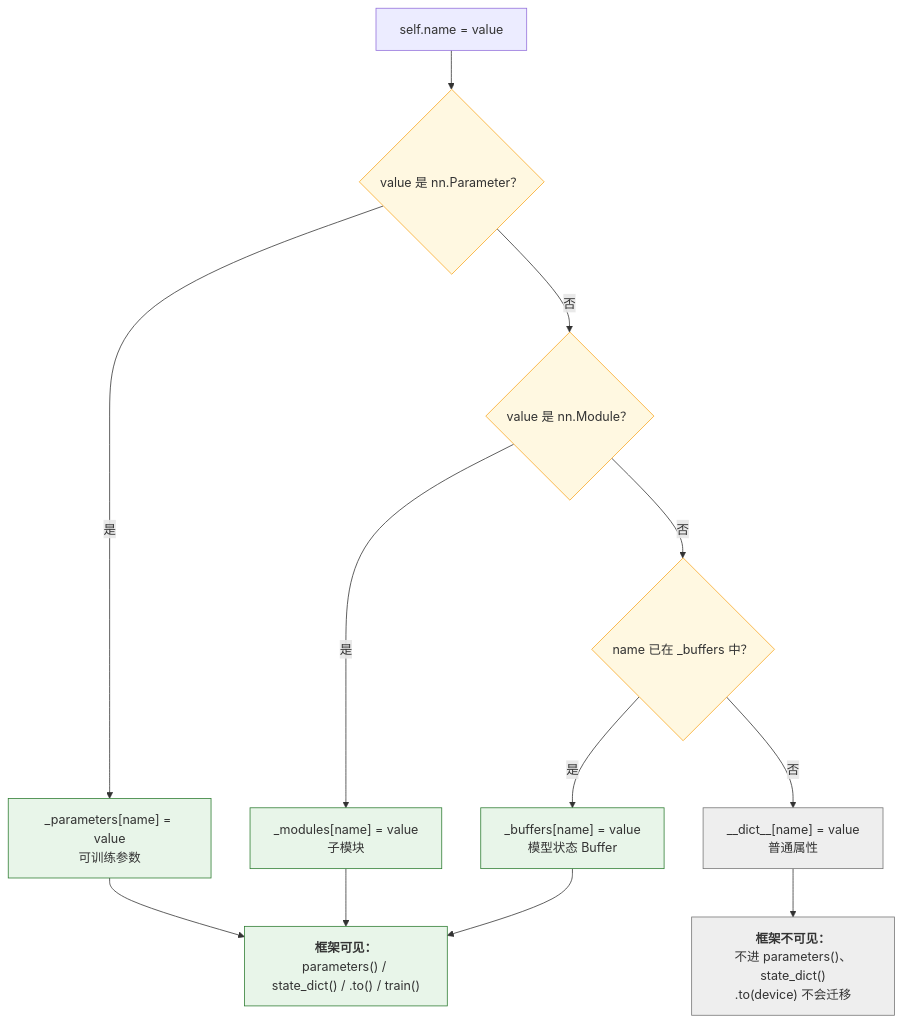
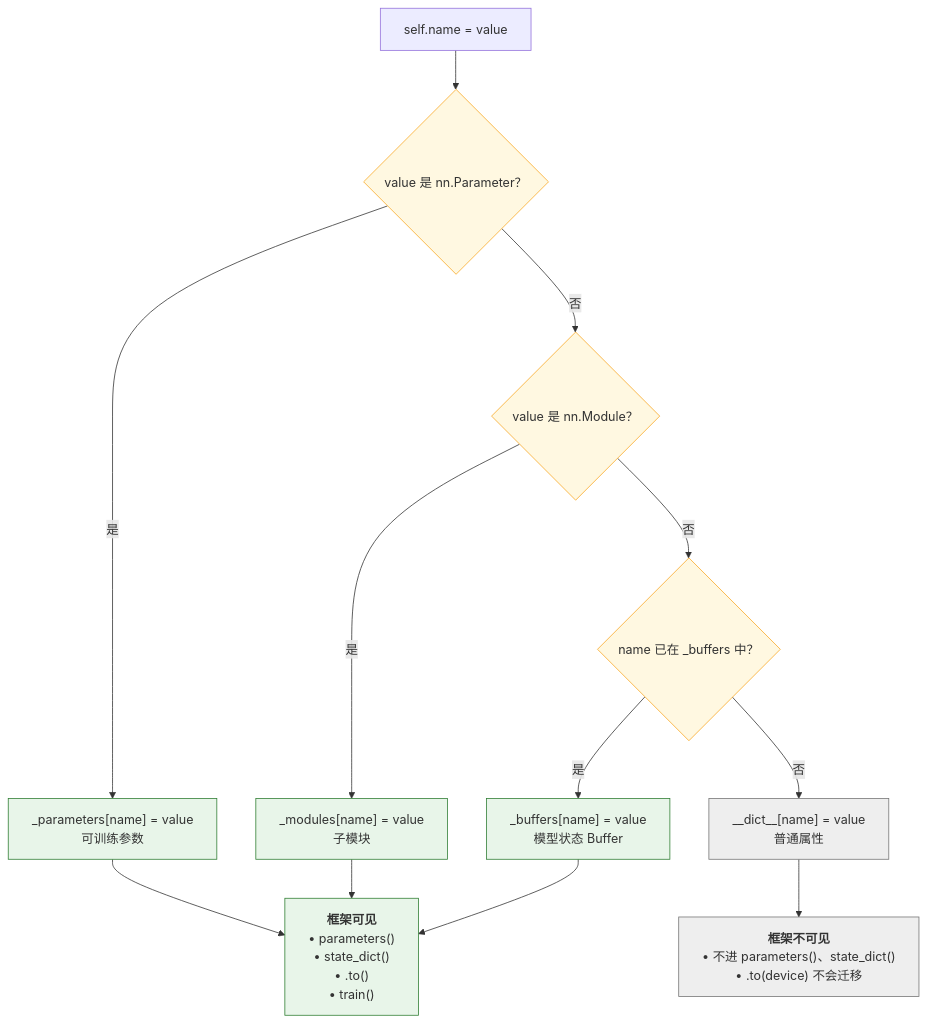
Before and after one commit to arganzheng/arganzheng.github.com: the third of 6 diagrams in _posts/2026-02-20-pytorch-module-and-training-system.md, drawn with Mermaid. The commit also changed other lines of this file and 9 other files, not shown here.

First line of the commit message:
PyTorch 系列其余 9 篇：流程图方框改成「标题 + 列表」

````diff
--- a/_posts/2026-02-20-pytorch-module-and-training-system.md
+++ b/_posts/2026-02-20-pytorch-module-and-training-system.md
@@ -415,33 +415,34 @@
 ```mermaid
+%%{init: {"flowchart": {"wrappingWidth": 440}}}%%
 %% 图：__setattr__ 的决策路径：Parameter、Module、已登记的 Buffer 进入内部字典，其余只是普通属性
 flowchart TB
     S["self.name = value"]
     Q1{"value 是 nn.Parameter？"}
     Q2{"value 是 nn.Module？"}
     Q3{"name 已在 _buffers 中？"}
     P["_parameters#91;name#93; = value<br/>可训练参数"]
     M["_modules#91;name#93; = value<br/>子模块"]
     B["_buffers#91;name#93; = value<br/>模型状态 Buffer"]
     D["__dict__#91;name#93; = value<br/>普通属性"]
-    V["<b>框架可见：</b><br/>parameters() / state_dict() / .to() / train()"]
-    I["<b>框架不可见：</b><br/>不进 parameters()、state_dict()<br/>.to(device) 不会迁移"]
+    V["<b>框架可见</b><br/>• parameters()<br/>• state_dict()<br/>• .to()<br/>• train()"]
+    I["<b>框架不可见</b><br/>• 不进 parameters()、state_dict()<br/>• .to(device) 不会迁移"]
 
     S --> Q1
     Q1 -->|"是"| P
     Q1 -->|"否"| Q2
     Q2 -->|"是"| M
     Q2 -->|"否"| Q3
     Q3 -->|"是"| B
     Q3 -->|"否"| D
     P --> V
     M --> V
     B --> V
     D --> I
 
     classDef visible fill:#e8f5e9,stroke:#2e7d32;
     classDef plain fill:#eeeeee,stroke:#757575;
     classDef q fill:#fff8e1,stroke:#f9a825;
     class P,M,B,V visible;
     class D,I plain;
     class Q1,Q2,Q3 q;
 ```
````
